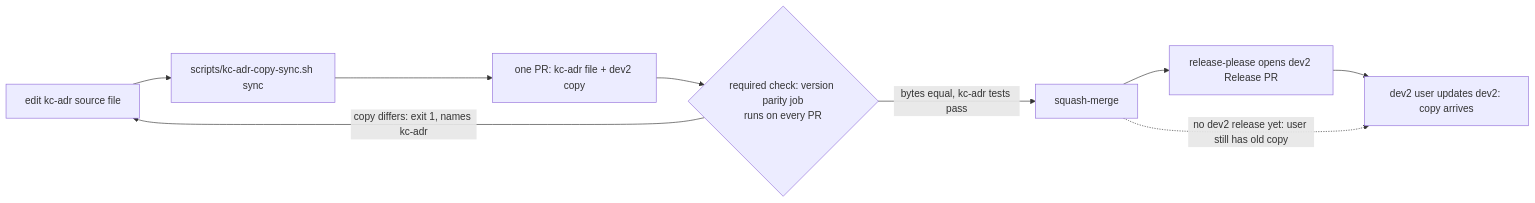
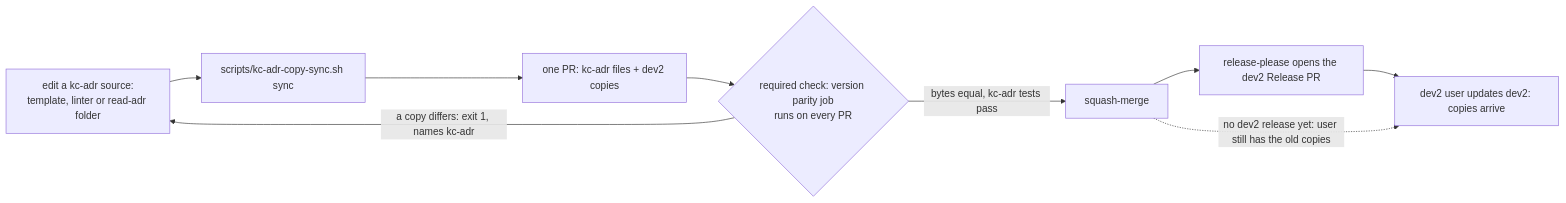
The diagram in kc-adr-tools-with-dev2-copy.md (iamcxa/kc-claude-plugins), drawn with Mermaid before and after one commit. The commit also changed other lines of this file and 1 other file, not shown here.

Commit message:
state: kc-adr-tools-with-dev2-copy ideation cycle 2 (D1-D4 folded, D5 open)

````diff
--- a/kc-adr-tools-with-dev2-copy.md
+++ b/kc-adr-tools-with-dev2-copy.md
@@ -83,11 +84,11 @@
 ```mermaid
 flowchart LR
-  E["edit kc-adr source file"] --> S["scripts/kc-adr-copy-sync.sh sync"]
-  S --> P["one PR: kc-adr file + dev2 copy"]
+  E["edit a kc-adr source:<br/>template, linter or read-adr folder"] --> S["scripts/kc-adr-copy-sync.sh sync"]
+  S --> P["one PR: kc-adr files + dev2 copies"]
   P --> C{"required check: version parity job<br/>runs on every PR"}
-  C -- "copy differs: exit 1, names kc-adr" --> E
+  C -- "a copy differs: exit 1, names kc-adr" --> E
   C -- "bytes equal, kc-adr tests pass" --> M["squash-merge"]
-  M --> R["release-please opens dev2 Release PR"]
-  R --> U["dev2 user updates dev2: copy arrives"]
-  M -. "no dev2 release yet: user still has old copy" .-> U
+  M --> R["release-please opens the dev2 Release PR"]
+  R --> U["dev2 user updates dev2: copies arrive"]
+  M -. "no dev2 release yet: user still has the old copies" .-> U
 ```
````
